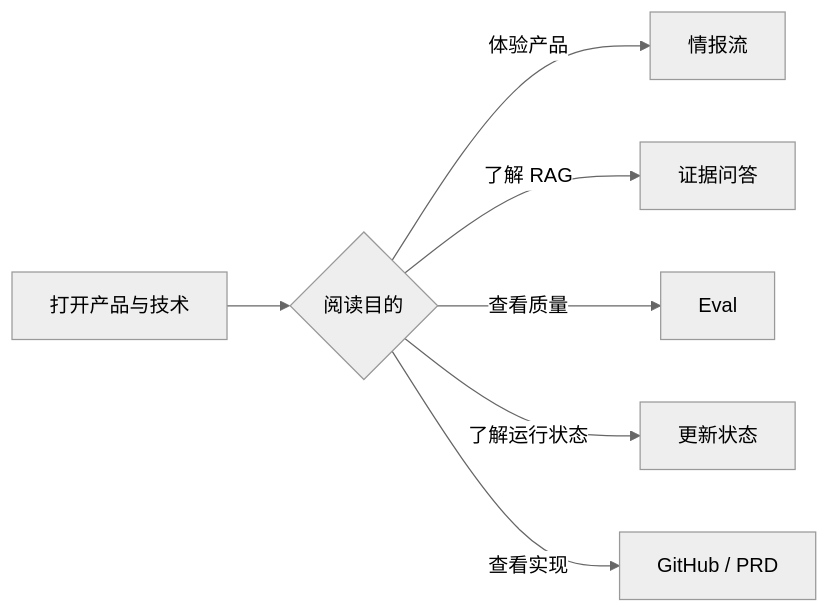
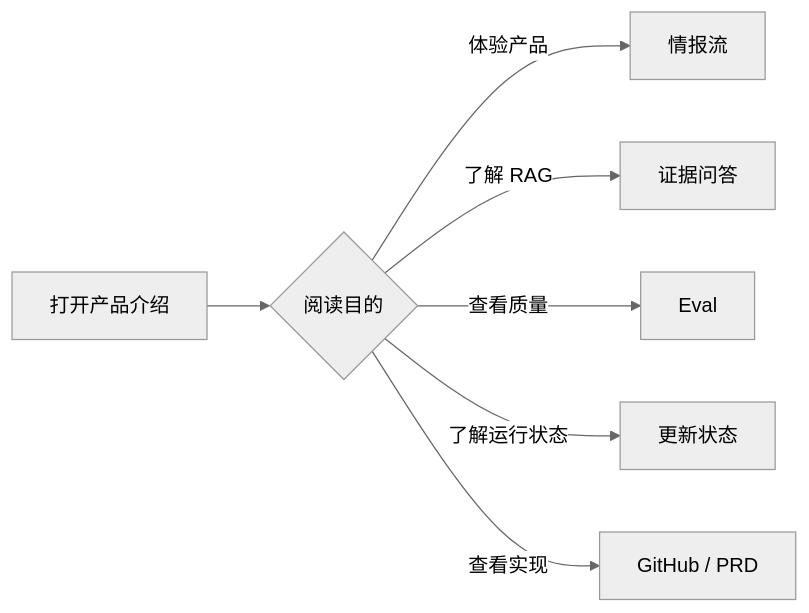
Before and after one commit to Dyj0926D/newseviday: the seventh of 8 diagrams in prd/NewsEviday-PRD.md, drawn with Mermaid (neutral theme). The commit also changed other lines of this file and 16 other files, not shown here.

````diff
--- a/prd/NewsEviday-PRD.md
+++ b/prd/NewsEviday-PRD.md
@@ -1374,9 +1374,9 @@
 ```mermaid
 flowchart LR
-    A["打开产品与技术"] --> B{"阅读目的"}
+    A["打开产品介绍"] --> B{"阅读目的"}
     B -- "体验产品" --> C["情报流"]
     B -- "了解 RAG" --> D["证据问答"]
     B -- "查看质量" --> E["Eval"]
     B -- "了解运行状态" --> F["更新状态"]
     B -- "查看实现" --> G["GitHub / PRD"]
 ```
````
